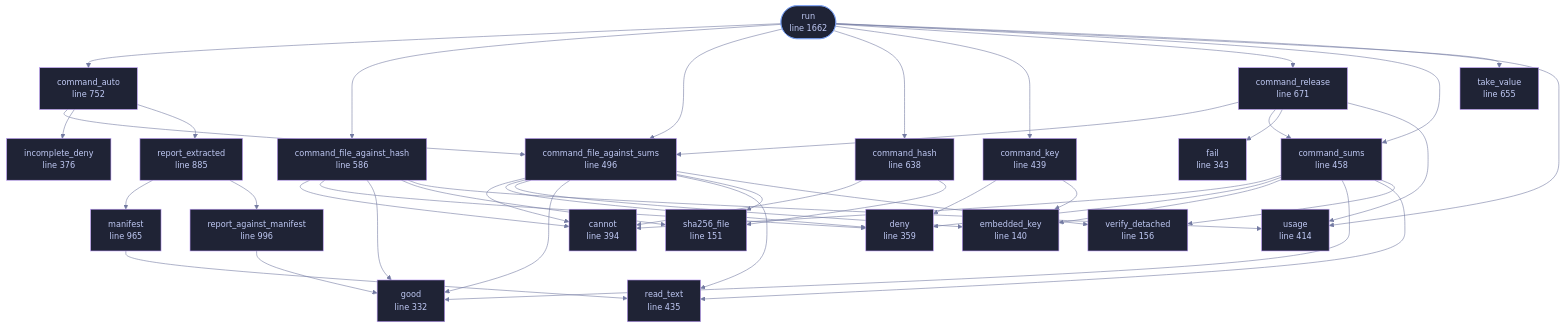
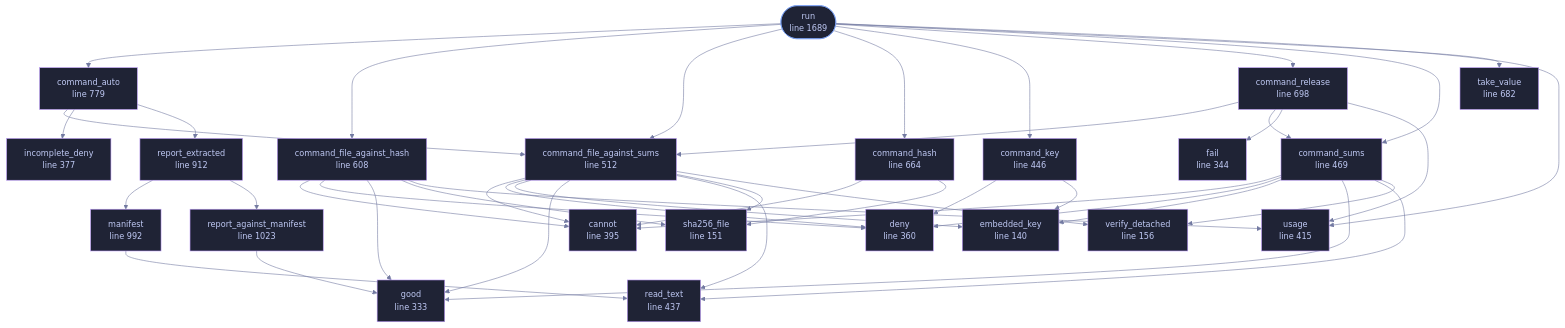
The diagram in docs/files/veilvoice-verify/lib.md (tilas01/veilvoice), drawn with Mermaid before and after one commit. The commit also changed other lines of this file and 53 other files, not shown here.

```diff
--- a/docs/files/veilvoice-verify/lib.md
+++ b/docs/files/veilvoice-verify/lib.md
@@ -115,25 +115,25 @@
     n_embedded_key["embedded_key<br/>line 140"]
     n_sha256_file["sha256_file<br/>line 151"]
     n_verify_detached["verify_detached<br/>line 156"]
-    n_good["good<br/>line 332"]
-    n_fail["fail<br/>line 343"]
-    n_deny["deny<br/>line 359"]
-    n_incomplete_deny["incomplete_deny<br/>line 376"]
-    n_cannot["cannot<br/>line 394"]
-    n_usage["usage<br/>line 414"]
-    n_read_text["read_text<br/>line 435"]
-    n_command_key["command_key<br/>line 439"]
-    n_command_sums["command_sums<br/>line 458"]
-    n_command_file_against_sums["command_file_against_sums<br/>line 496"]
-    n_command_file_against_hash["command_file_against_hash<br/>line 586"]
-    n_command_hash["command_hash<br/>line 638"]
-    n_take_value["take_value<br/>line 655"]
-    n_command_release["command_release<br/>line 671"]
-    n_command_auto["command_auto<br/>line 752"]
-    n_report_extracted["report_extracted<br/>line 885"]
-    n_manifest["manifest<br/>line 965"]
-    n_report_against_manifest["report_against_manifest<br/>line 996"]
-    n_run(["run<br/>line 1662"])
+    n_good["good<br/>line 333"]
+    n_fail["fail<br/>line 344"]
+    n_deny["deny<br/>line 360"]
+    n_incomplete_deny["incomplete_deny<br/>line 377"]
+    n_cannot["cannot<br/>line 395"]
+    n_usage["usage<br/>line 415"]
+    n_read_text["read_text<br/>line 437"]
+    n_command_key["command_key<br/>line 446"]
+    n_command_sums["command_sums<br/>line 469"]
+    n_command_file_against_sums["command_file_against_sums<br/>line 512"]
+    n_command_file_against_hash["command_file_against_hash<br/>line 608"]
+    n_command_hash["command_hash<br/>line 664"]
+    n_take_value["take_value<br/>line 682"]
+    n_command_release["command_release<br/>line 698"]
+    n_command_auto["command_auto<br/>line 779"]
+    n_report_extracted["report_extracted<br/>line 912"]
+    n_manifest["manifest<br/>line 992"]
+    n_report_against_manifest["report_against_manifest<br/>line 1023"]
+    n_run(["run<br/>line 1689"])
     n_command_auto --> n_command_file_against_sums
     n_command_auto --> n_incomplete_deny
     n_command_auto --> n_report_extracted
@@ -179,25 +179,25 @@
     click n_embedded_key href "https://github.com/tilas01/veilvoice/blob/main/crates/veilvoice-verify/src/lib.rs#L140" "open the source"
     click n_sha256_file href "https://github.com/tilas01/veilvoice/blob/main/crates/veilvoice-verify/src/lib.rs#L151" "open the source"
     click n_verify_detached href "https://github.com/tilas01/veilvoice/blob/main/crates/veilvoice-verify/src/lib.rs#L156" "open the source"
-    click n_good href "https://github.com/tilas01/veilvoice/blob/main/crates/veilvoice-verify/src/lib.rs#L332" "open the source"
-    click n_fail href "https://github.com/tilas01/veilvoice/blob/main/crates/veilvoice-verify/src/lib.rs#L343" "open the source"
-    click n_deny href "https://github.com/tilas01/veilvoice/blob/main/crates/veilvoice-verify/src/lib.rs#L359" "open the source"
-    click n_incomplete_deny href "https://github.com/tilas01/veilvoice/blob/main/crates/veilvoice-verify/src/lib.rs#L376" "open the source"
-    click n_cannot href "https://github.com/tilas01/veilvoice/blob/main/crates/veilvoice-verify/src/lib.rs#L394" "open the source"
-    click n_usage href "https://github.com/tilas01/veilvoice/blob/main/crates/veilvoice-verify/src/lib.rs#L414" "open the source"
-    click n_read_text href "https://github.com/tilas01/veilvoice/blob/main/crates/veilvoice-verify/src/lib.rs#L435" "open the source"
-    click n_command_key href "https://github.com/tilas01/veilvoice/blob/main/crates/veilvoice-verify/src/lib.rs#L439" "open the source"
-    click n_command_sums href "https://github.com/tilas01/veilvoice/blob/main/crates/veilvoice-verify/src/lib.rs#L458" "open the source"
-    click n_command_file_against_sums href "https://github.com/tilas01/veilvoice/blob/main/crates/veilvoice-verify/src/lib.rs#L496" "open the source"
-    click n_command_file_against_hash href "https://github.com/tilas01/veilvoice/blob/main/crates/veilvoice-verify/src/lib.rs#L586" "open the source"
-    click n_command_hash href "https://github.com/tilas01/veilvoice/blob/main/crates/veilvoice-verify/src/lib.rs#L638" "open the source"
-    click n_take_value href "https://github.com/tilas01/veilvoice/blob/main/crates/veilvoice-verify/src/lib.rs#L655" "open the source"
-    click n_command_release href "https://github.com/tilas01/veilvoice/blob/main/crates/veilvoice-verify/src/lib.rs#L671" "open the source"
-    click n_command_auto href "https://github.com/tilas01/veilvoice/blob/main/crates/veilvoice-verify/src/lib.rs#L752" "open the source"
-    click n_report_extracted href "https://github.com/tilas01/veilvoice/blob/main/crates/veilvoice-verify/src/lib.rs#L885" "open the source"
-    click n_manifest href "https://github.com/tilas01/veilvoice/blob/main/crates/veilvoice-verify/src/lib.rs#L965" "open the source"
-    click n_report_against_manifest href "https://github.com/tilas01/veilvoice/blob/main/crates/veilvoice-verify/src/lib.rs#L996" "open the source"
-    click n_run href "https://github.com/tilas01/veilvoice/blob/main/crates/veilvoice-verify/src/lib.rs#L1662" "open the source"
+    click n_good href "https://github.com/tilas01/veilvoice/blob/main/crates/veilvoice-verify/src/lib.rs#L333" "open the source"
+    click n_fail href "https://github.com/tilas01/veilvoice/blob/main/crates/veilvoice-verify/src/lib.rs#L344" "open the source"
+    click n_deny href "https://github.com/tilas01/veilvoice/blob/main/crates/veilvoice-verify/src/lib.rs#L360" "open the source"
+    click n_incomplete_deny href "https://github.com/tilas01/veilvoice/blob/main/crates/veilvoice-verify/src/lib.rs#L377" "open the source"
+    click n_cannot href "https://github.com/tilas01/veilvoice/blob/main/crates/veilvoice-verify/src/lib.rs#L395" "open the source"
+    click n_usage href "https://github.com/tilas01/veilvoice/blob/main/crates/veilvoice-verify/src/lib.rs#L415" "open the source"
+    click n_read_text href "https://github.com/tilas01/veilvoice/blob/main/crates/veilvoice-verify/src/lib.rs#L437" "open the source"
+    click n_command_key href "https://github.com/tilas01/veilvoice/blob/main/crates/veilvoice-verify/src/lib.rs#L446" "open the source"
+    click n_command_sums href "https://github.com/tilas01/veilvoice/blob/main/crates/veilvoice-verify/src/lib.rs#L469" "open the source"
+    click n_command_file_against_sums href "https://github.com/tilas01/veilvoice/blob/main/crates/veilvoice-verify/src/lib.rs#L512" "open the source"
+    click n_command_file_against_hash href "https://github.com/tilas01/veilvoice/blob/main/crates/veilvoice-verify/src/lib.rs#L608" "open the source"
+    click n_command_hash href "https://github.com/tilas01/veilvoice/blob/main/crates/veilvoice-verify/src/lib.rs#L664" "open the source"
+    click n_take_value href "https://github.com/tilas01/veilvoice/blob/main/crates/veilvoice-verify/src/lib.rs#L682" "open the source"
+    click n_command_release href "https://github.com/tilas01/veilvoice/blob/main/crates/veilvoice-verify/src/lib.rs#L698" "open the source"
+    click n_command_auto href "https://github.com/tilas01/veilvoice/blob/main/crates/veilvoice-verify/src/lib.rs#L779" "open the source"
+    click n_report_extracted href "https://github.com/tilas01/veilvoice/blob/main/crates/veilvoice-verify/src/lib.rs#L912" "open the source"
+    click n_manifest href "https://github.com/tilas01/veilvoice/blob/main/crates/veilvoice-verify/src/lib.rs#L992" "open the source"
+    click n_report_against_manifest href "https://github.com/tilas01/veilvoice/blob/main/crates/veilvoice-verify/src/lib.rs#L1023" "open the source"
+    click n_run href "https://github.com/tilas01/veilvoice/blob/main/crates/veilvoice-verify/src/lib.rs#L1689" "open the source"
     classDef entry fill:#1f2335,stroke:#7aa2f7,color:#c0caf5
     class n_run entry
     classDef helper fill:#1f2335,stroke:#bb9af7,color:#c0caf5
```
